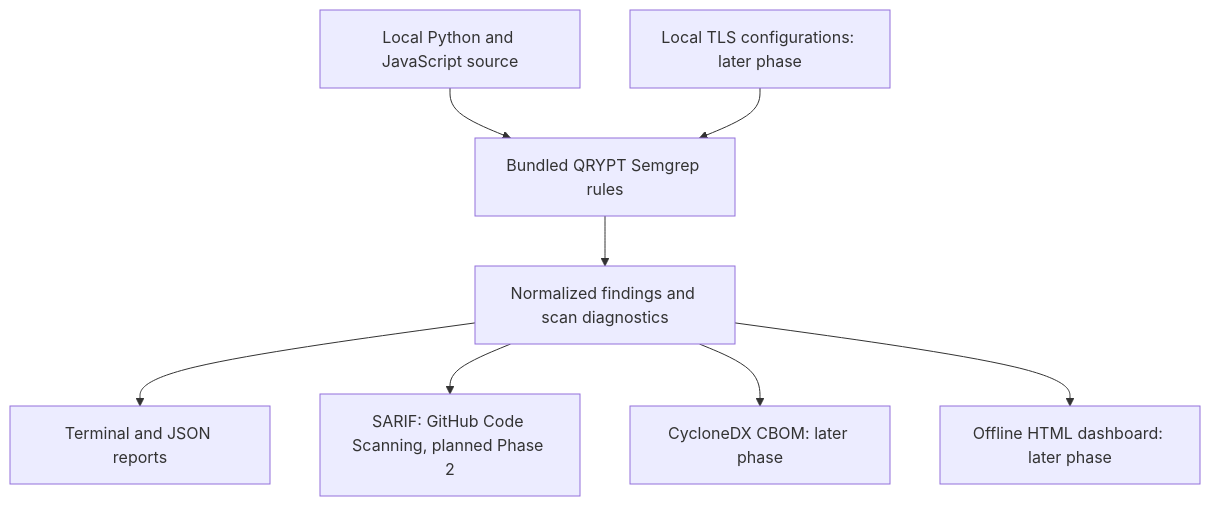
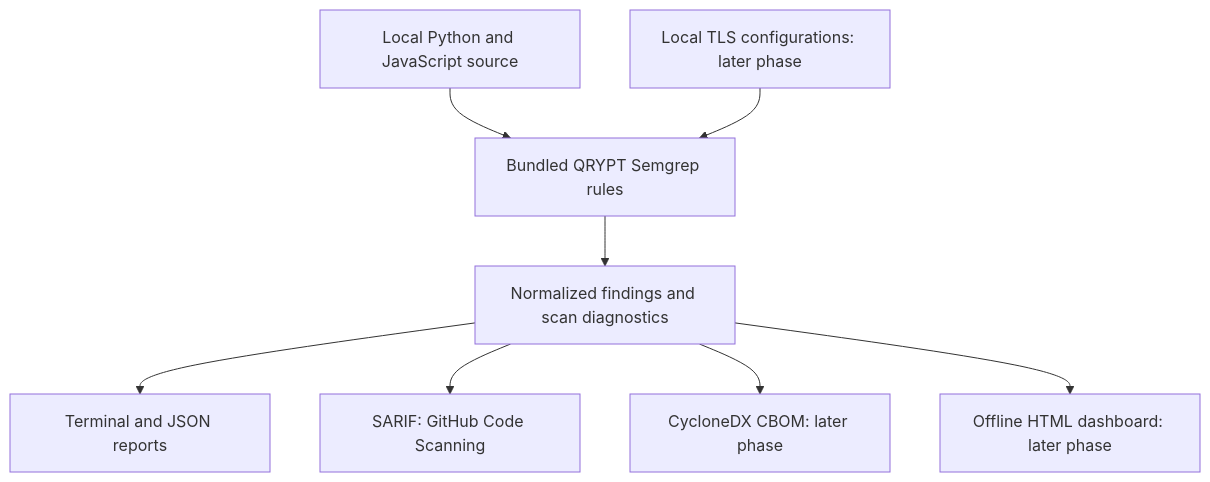
One commit to AsyraafMS/Qrypt changed the diagram in README.md. Above: the diagram before and after it, drawn with Mermaid. The commit also changed other lines of this file and 2 other files, not shown here.

Commit message:
docs: document SARIF CI and container usage

````diff
--- a/README.md
+++ b/README.md
@@ -29,10 +31,10 @@
 ```mermaid
 flowchart TD
     A[Local Python and JavaScript source] --> C[Bundled QRYPT Semgrep rules]
     B[Local TLS configurations: later phase] --> C
     C --> D[Normalized findings and scan diagnostics]
     D --> E[Terminal and JSON reports]
-    D --> F[SARIF: GitHub Code Scanning, planned Phase 2]
+    D --> F[SARIF: GitHub Code Scanning]
     D --> G[CycloneDX CBOM: later phase]
     D --> H[Offline HTML dashboard: later phase]
 ```
````
